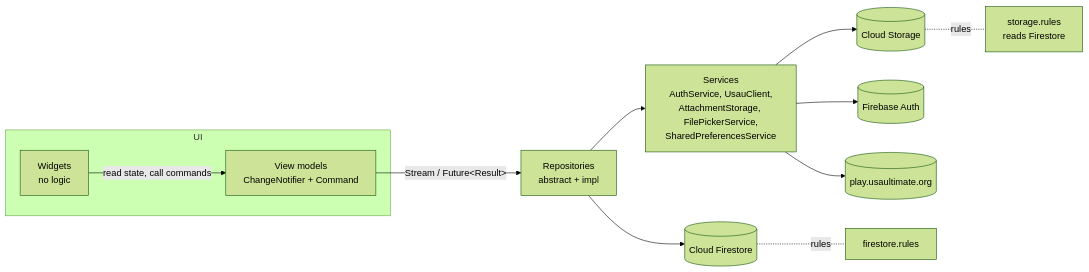
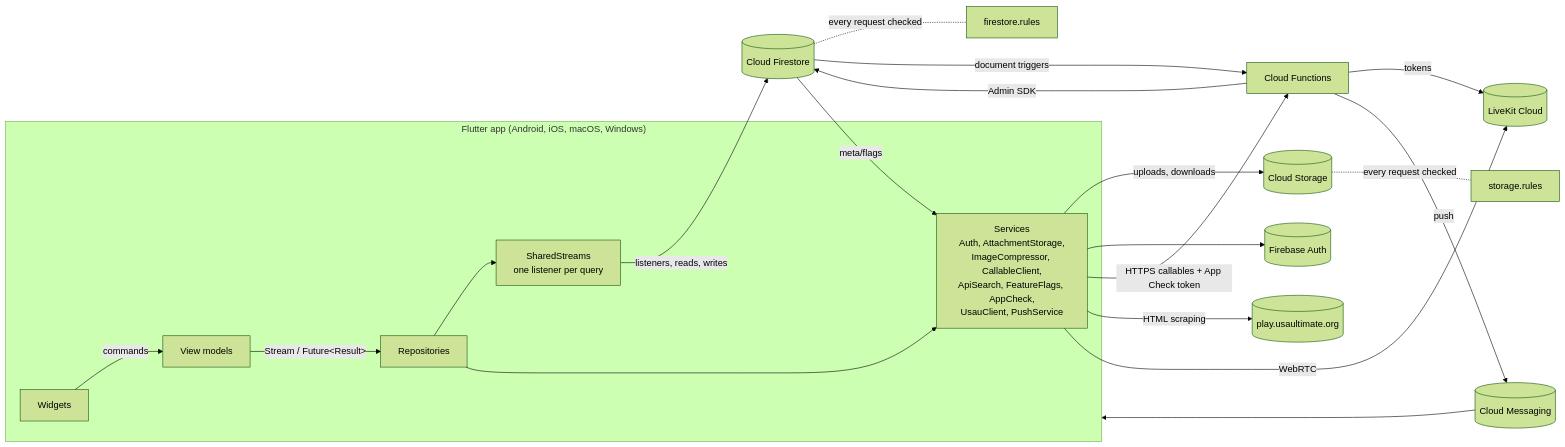
Before and after one commit to brianrhonea/frisbee_app: the first of 3 diagrams in docs/ARCHITECTURE.md, drawn with Mermaid (forest theme). The commit also changed other lines of this file and 2 other files, not shown here.

First line of the commit message:
Restructure the architecture doc and add a cloud limits doc

````diff
--- a/docs/ARCHITECTURE.md
+++ b/docs/ARCHITECTURE.md
@@ -24,14 +89,25 @@
 ```mermaid
 flowchart LR
-  subgraph UI
-    W[Widgets<br/>no logic] -->|read state, call commands| VM[View models<br/>ChangeNotifier + Command]
+  subgraph Device["Flutter app (Android, iOS, macOS, Windows)"]
+    W[Widgets] -->|commands| VM[View models]
+    VM -->|Stream / Future&lt;Result&gt;| R[Repositories]
+    R --> SS[SharedStreams<br/>one listener per query]
+    R --> SV[Services<br/>Auth, AttachmentStorage,<br/>ImageCompressor, CallableClient,<br/>ApiSearch, FeatureFlags, AppCheck,<br/>UsauClient, PushService]
   end
-  VM -->|Stream / Future&lt;Result&gt;| R[Repositories<br/>abstract + impl]
-  R --> S[Services<br/>AuthService, UsauClient,<br/>AttachmentStorage, FilePickerService,<br/>SharedPreferencesService]
-  R --> FS[(Cloud Firestore)]
-  S --> ST[(Cloud Storage)]
-  S --> AU[(Firebase Auth)]
-  S --> USAU[(play.usaultimate.org)]
-  FS -. rules .- FR[firestore.rules]
-  ST -. rules .- SR[storage.rules<br/>reads Firestore]
+
+  SS -->|listeners, reads, writes| FS[(Cloud Firestore)]
+  SV -->|uploads, downloads| ST[(Cloud Storage)]
+  SV --> AU[(Firebase Auth)]
+  SV -->|HTTPS callables + App Check token| CF[Cloud Functions]
+  SV -->|HTML scraping| USAU[(play.usaultimate.org)]
+  SV -->|WebRTC| LK[(LiveKit Cloud)]
+
+  FS -. every request checked .- FR[firestore.rules]
+  ST -. every request checked .- SR[storage.rules]
+  FS -->|document triggers| CF
+  CF -->|Admin SDK| FS
+  CF -->|tokens| LK
+  CF -->|push| FCM[(Cloud Messaging)]
+  FCM --> Device
+  FS -->|meta/flags| SV
 ```
````
